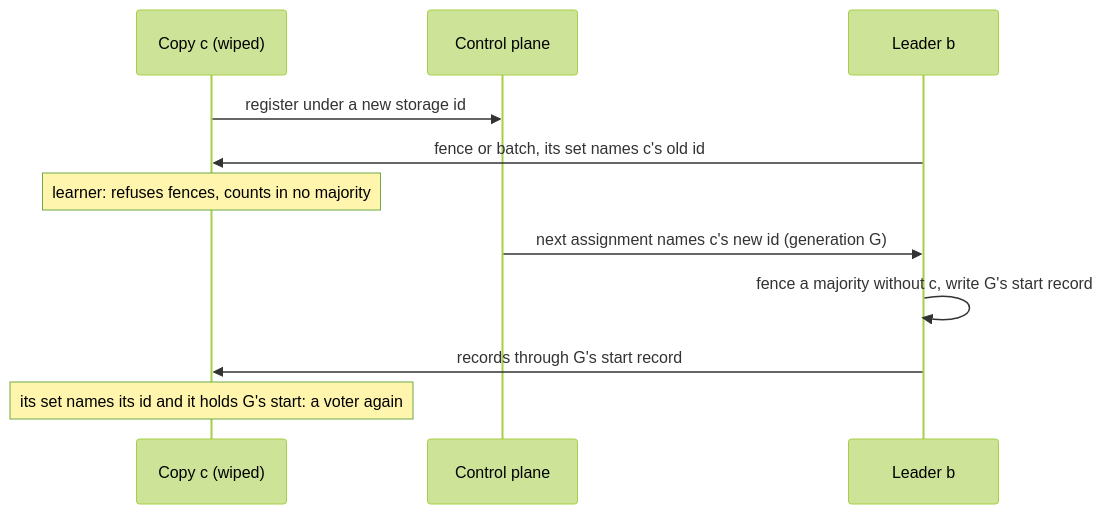
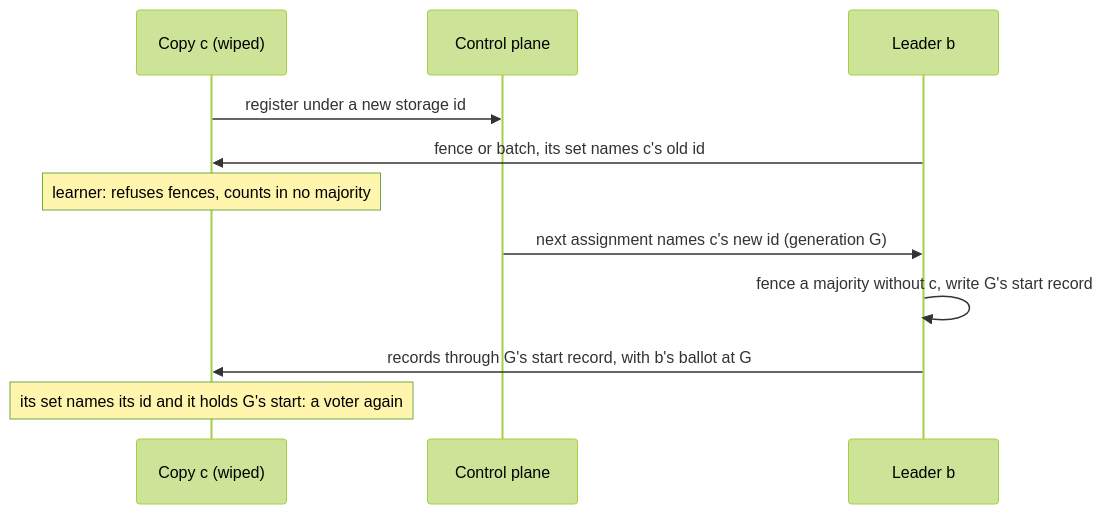
Before and after one commit to GetFelix/felix: the second of 3 diagrams in docs/replication-design.md, drawn with Mermaid (forest theme). The commit also changed other lines of this file and 1 other file, not shown here.

Commit message:
docs(replication): the registration evidence, the catch-up's ballot, and what #1737 still owes (#1009 S8)

````diff
--- a/docs/replication-design.md
+++ b/docs/replication-design.md
@@ -837,13 +837,13 @@
 ```mermaid
 sequenceDiagram
     participant C as Copy c (wiped)
     participant CP as Control plane
     participant B as Leader b
     C->>CP: register under a new storage id
     B->>C: fence or batch, its set names c's old id
     Note over C: learner: refuses fences, counts in no majority
     CP->>B: next assignment names c's new id (generation G)
     B->>B: fence a majority without c, write G's start record
-    B->>C: records through G's start record
+    B->>C: records through G's start record, with b's ballot at G
     Note over C: its set names its id and it holds G's start: a voter again
 ```
````
